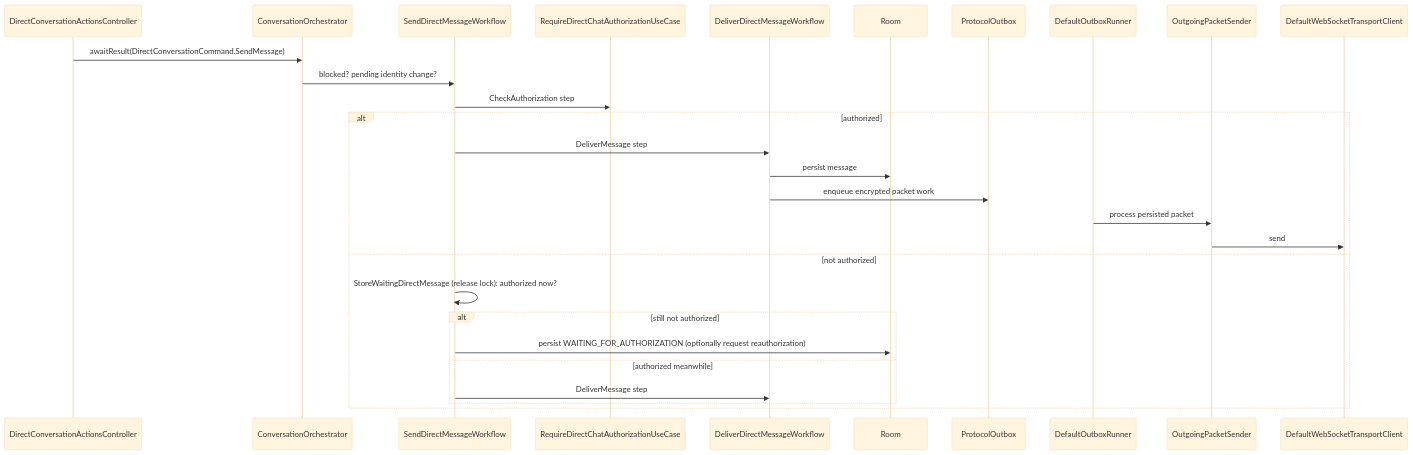
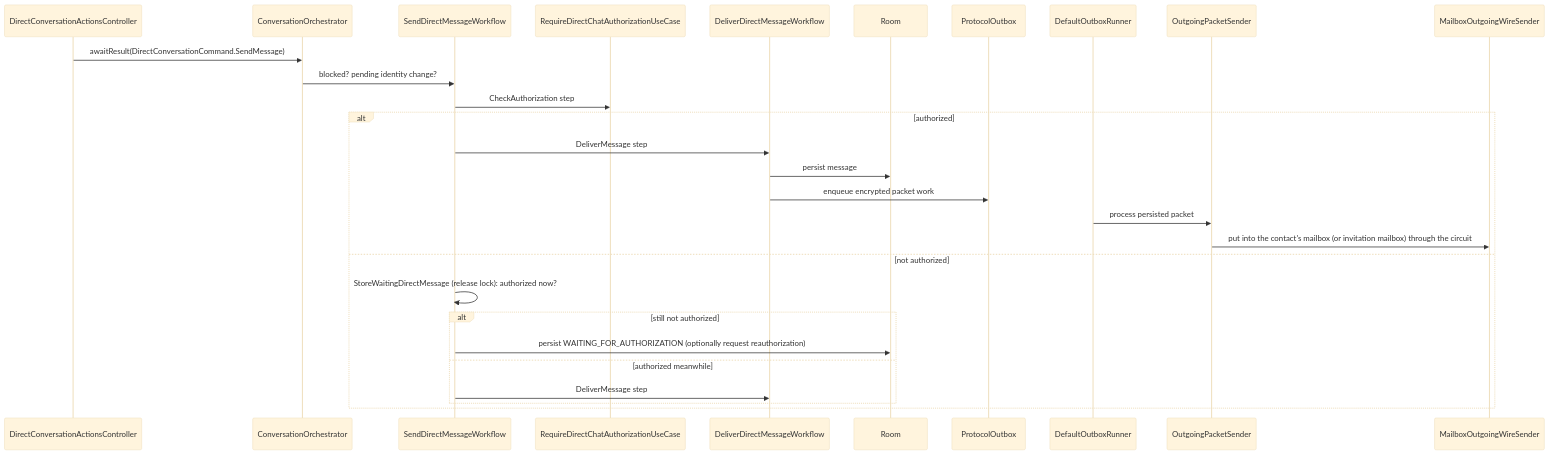
One commit to cbgm/Sparrow changed the first of 3 diagrams in docs/features/message-transport-flow.md. Above: the diagram before and after it, drawn with Mermaid (base theme). The commit also changed other lines of this file and 231 other files, not shown here.

Commit message:
Remove the WebSocket session, the push service and envelope federation

````diff
--- a/docs/features/message-transport-flow.md
+++ b/docs/features/message-transport-flow.md
@@ -7,31 +7,31 @@
 ```mermaid
 sequenceDiagram
     participant VM as DirectConversationActionsController
     participant ORCH as ConversationOrchestrator
     participant WF as SendDirectMessageWorkflow
     participant AUTH as RequireDirectChatAuthorizationUseCase
     participant DEL as DeliverDirectMessageWorkflow
     participant DB as Room
     participant OUT as ProtocolOutbox
     participant RUN as DefaultOutboxRunner
     participant SEND as OutgoingPacketSender
-    participant WS as DefaultWebSocketTransportClient
+    participant MB as MailboxOutgoingWireSender
 
     VM->>ORCH: awaitResult(DirectConversationCommand.SendMessage)
     ORCH->>WF: blocked? pending identity change?
     WF->>AUTH: CheckAuthorization step
     alt authorized
         WF->>DEL: DeliverMessage step
         DEL->>DB: persist message
         DEL->>OUT: enqueue encrypted packet work
         RUN->>SEND: process persisted packet
-        SEND->>WS: send
+        SEND->>MB: put into the contact's mailbox (or invitation mailbox) through the circuit
     else not authorized
         WF->>WF: StoreWaitingDirectMessage (release lock): authorized now?
         alt still not authorized
             WF->>DB: persist WAITING_FOR_AUTHORIZATION (optionally request reauthorization)
         else authorized meanwhile
             WF->>DEL: DeliverMessage step
         end
     end
 ```
````
